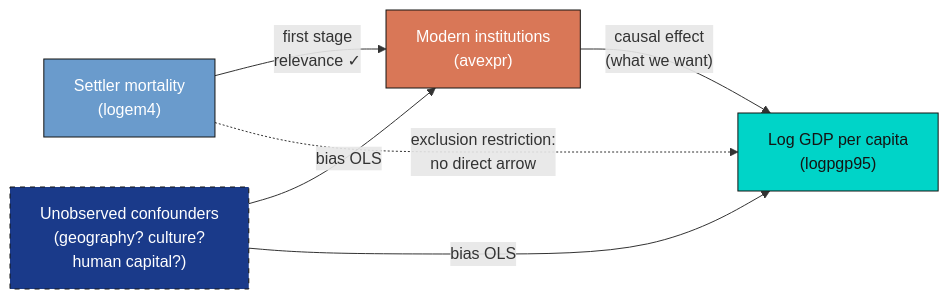
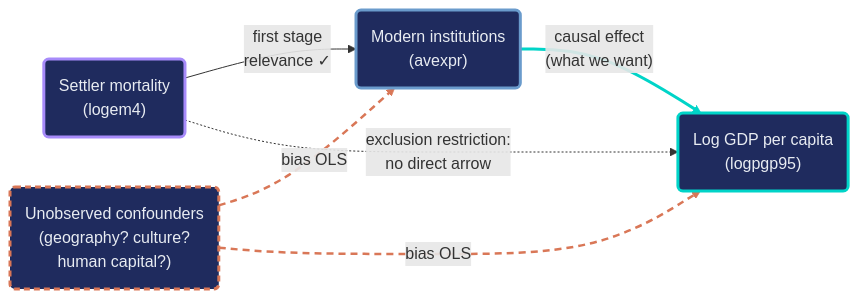
Before and after one commit to cmg777/starter-academic-v501: the diagram in content/post/python_iv/references/tutorial.qmd, drawn with Mermaid. The commit also changed 42 other files, not shown here.

First line of the commit message:
content(mermaid): restyle Mermaid copies in tutorial sources and the LaLonde slide deck

````diff
--- a/content/post/python_iv/references/tutorial.qmd
+++ b/content/post/python_iv/references/tutorial.qmd
@@ -93,18 +93,25 @@
 ```{mermaid}
 flowchart LR
-    Z["Settler mortality<br/>(logem4)"]
-    X["Modern institutions<br/>(avexpr)"]
-    Y["Log GDP per capita<br/>(logpgp95)"]
-    U["Unobserved confounders<br/>(geography? culture?<br/>human capital?)"]
+    Z("Settler mortality<br/>(logem4)")
+    X("Modern institutions<br/>(avexpr)")
+    Y("Log GDP per capita<br/>(logpgp95)")
+    U("Unobserved confounders<br/>(geography? culture?<br/>human capital?)")
 
     Z -->|"first stage<br/>relevance ✓"| X
     X -->|"causal effect<br/>(what we want)"| Y
     U -->|"bias OLS"| X
     U -->|"bias OLS"| Y
     Z -.->|"exclusion restriction:<br/>no direct arrow"| Y
-
-    style Z fill:#6a9bcc,stroke:#141413,color:#fff
-    style X fill:#d97757,stroke:#141413,color:#fff
-    style Y fill:#00d4c8,stroke:#141413,color:#141413
-    style U fill:#1a3a8a,stroke:#141413,color:#fff,stroke-dasharray: 5 5
+    classDef blue fill:#1f2b5e,stroke:#6a9bcc,stroke-width:3px,color:#e8ecf2
+    classDef orange fill:#1f2b5e,stroke:#d97757,stroke-width:3px,color:#e8ecf2
+    classDef teal fill:#1f2b5e,stroke:#00d4c8,stroke-width:3px,color:#e8ecf2
+    classDef key_dash fill:#1f2b5e,stroke:#e8ecf2,stroke-width:3px,color:#e8ecf2,stroke-dasharray:6 4
+    classDef violet fill:#1f2b5e,stroke:#a78bfa,stroke-width:3px,color:#e8ecf2
+    classDef orange_dash fill:#1f2b5e,stroke:#d97757,stroke-width:3px,color:#e8ecf2,stroke-dasharray:6 4
+    class Z violet
+    class X blue
+    class Y teal
+    class U orange_dash
+    linkStyle 1 stroke:#00d4c8,stroke-width:3px
+    linkStyle 2,3 stroke:#d97757,stroke-width:2.5px,stroke-dasharray:7 5
 ```
````
